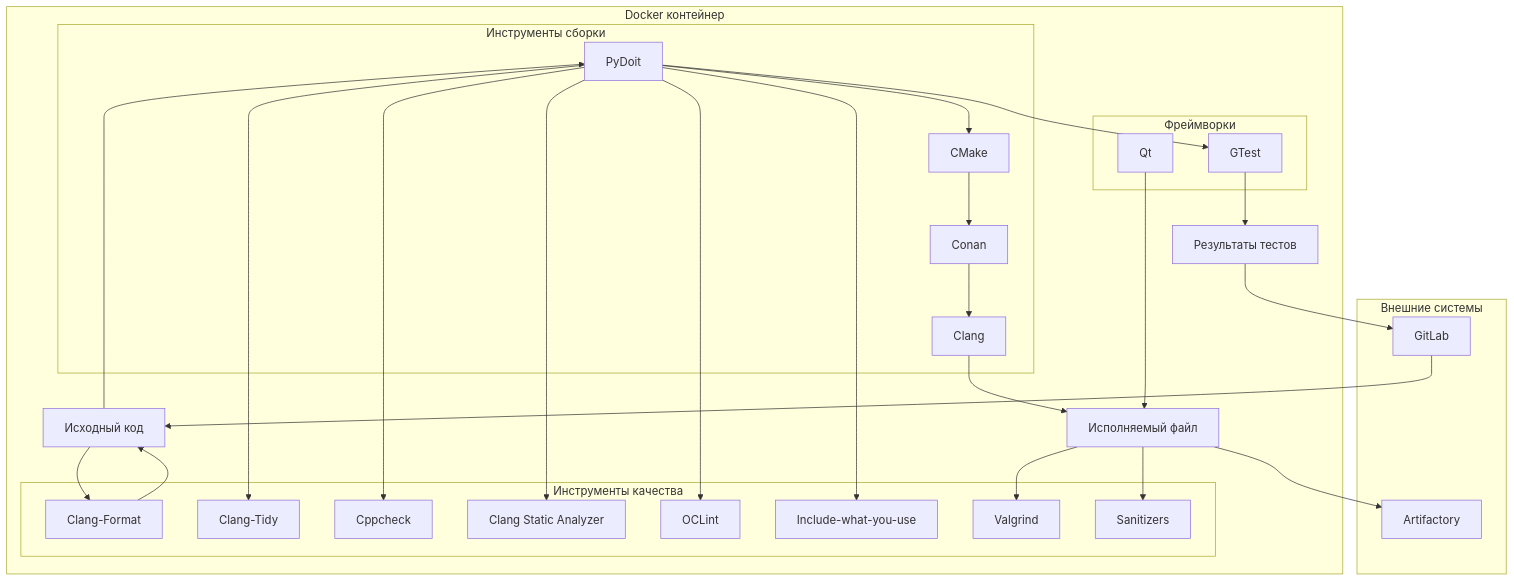
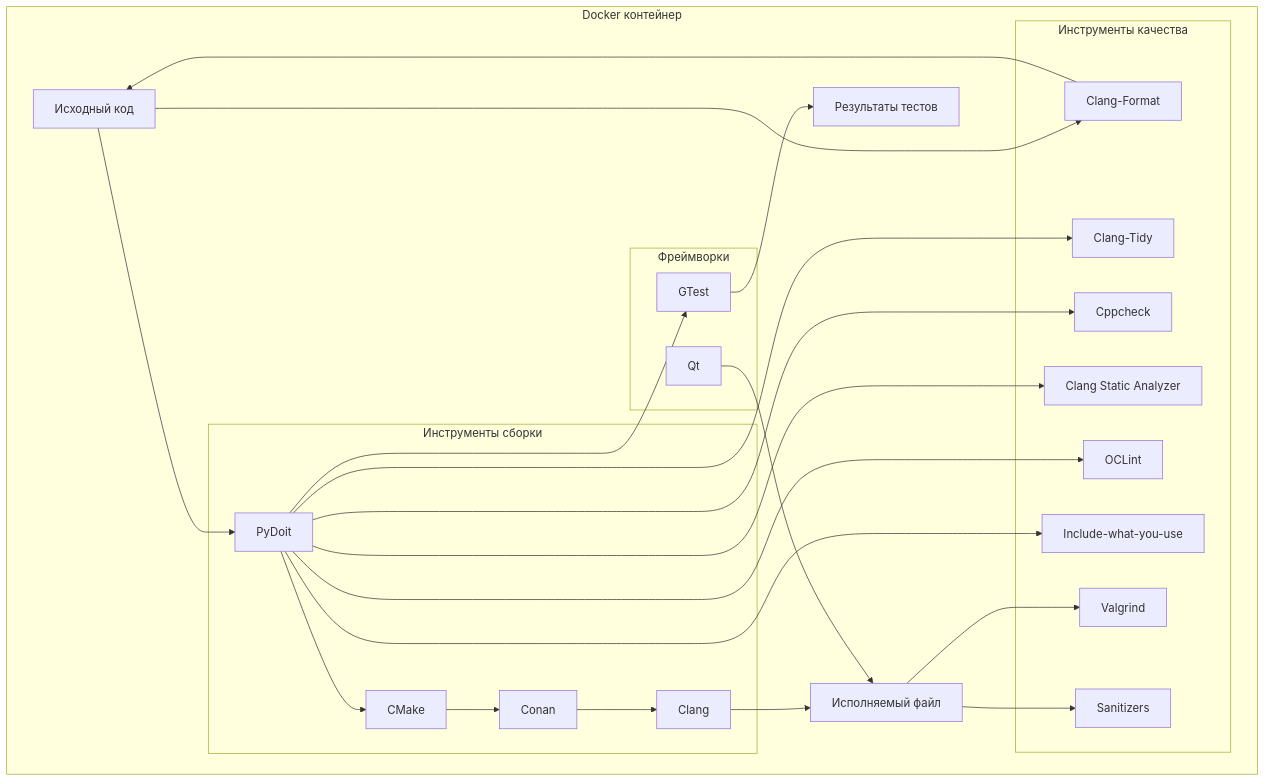
One commit to Wintari/cpp-project-dev-stack-preview changed the third of 6 diagrams in README.md. Above: the diagram before and after it, drawn with Mermaid.

````diff
--- a/README.md
+++ b/README.md
@@ -267,56 +267,47 @@
 ```mermaid
 graph TB
     subgraph "Docker контейнер"
         subgraph "Инструменты сборки"
             PyDoit --> CMake
             CMake --> Conan
             Conan --> Clang
         end
         
         subgraph "Инструменты качества"
             ClangFormat["Clang-Format"]
             ClangTidy["Clang-Tidy"]
             Cppcheck
             ClangSA["Clang Static Analyzer"]
             OCLint
             IWYU["Include-what-you-use"]
             Valgrind
             Sanitizers
         end
         
         subgraph "Фреймворки"
             Qt
             GTest
         end
         
         SourceCode["Исходный код"] --> PyDoit
         SourceCode --> ClangFormat
         
         ClangFormat --> SourceCode
         
         PyDoit --> ClangTidy
         PyDoit --> Cppcheck
         PyDoit --> ClangSA
         PyDoit --> OCLint
         PyDoit --> IWYU
         
         Clang --> Executable["Исполняемый файл"]
         
         Executable --> Valgrind
         Executable --> Sanitizers
         
         PyDoit --> GTest
         GTest --> TestResults["Результаты тестов"]
         
         Qt --> Executable
     end
-    
-    subgraph "Внешние системы"
-        GitLab
-        Artifactory
-    end
-    
-    GitLab --> SourceCode
-    Executable --> Artifactory
-    TestResults --> GitLab
 ```
````
